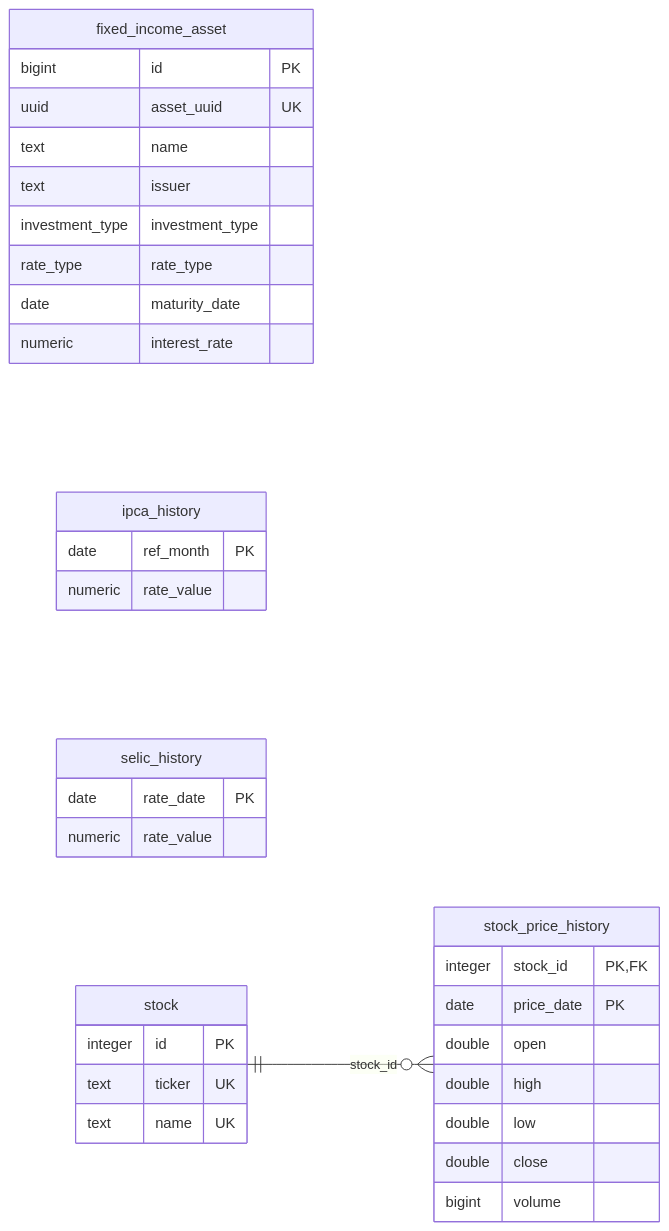
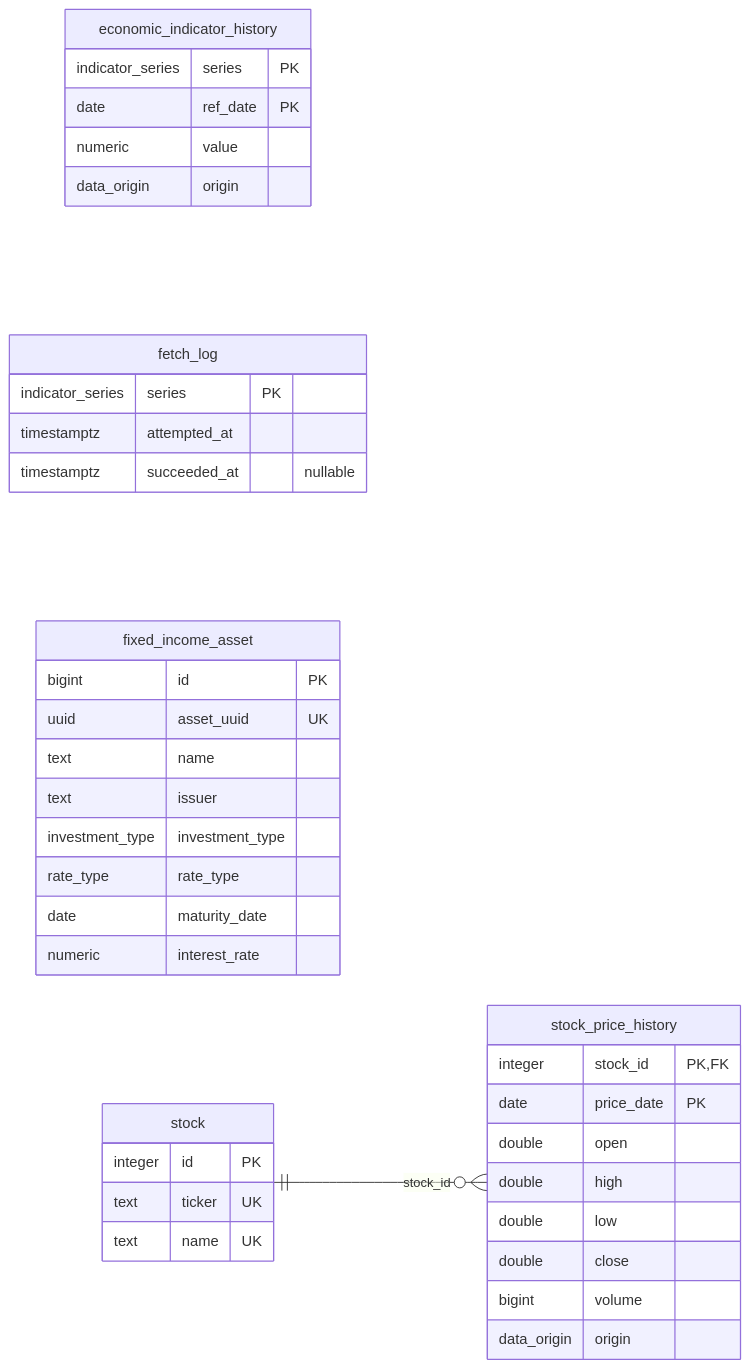
Before and after one commit to LiloMarino/SimuladorFinanceiro: the second of 2 diagrams in docs/docs/desenvolvimento/diagrama-banco-dados.md, drawn with Mermaid. The commit also changed other lines of this file and 35 other files, not shown here.

````diff
--- a/docs/docs/desenvolvimento/diagrama-banco-dados.md
+++ b/docs/docs/desenvolvimento/diagrama-banco-dados.md
@@ -99,37 +99,41 @@
 ```mermaid
 erDiagram
     direction LR
+    economic_indicator_history {
+        indicator_series series PK
+        date ref_date PK
+        numeric value
+        data_origin origin
+    }
+    fetch_log {
+        indicator_series series PK
+        timestamptz attempted_at
+        timestamptz succeeded_at "nullable"
+    }
     fixed_income_asset {
         bigint id PK
         uuid asset_uuid UK
         text name
         text issuer
         investment_type investment_type
         rate_type rate_type
         date maturity_date
         numeric interest_rate
-    }
-    ipca_history {
-        date ref_month PK
-        numeric rate_value
-    }
-    selic_history {
-        date rate_date PK
-        numeric rate_value
     }
     stock {
         integer id PK
         text ticker UK
         text name UK
     }
     stock_price_history {
         integer stock_id PK, FK
         date price_date PK
         double open
         double high
         double low
         double close
         bigint volume
+        data_origin origin
     }
     stock ||--o{ stock_price_history : stock_id
 ```
````
